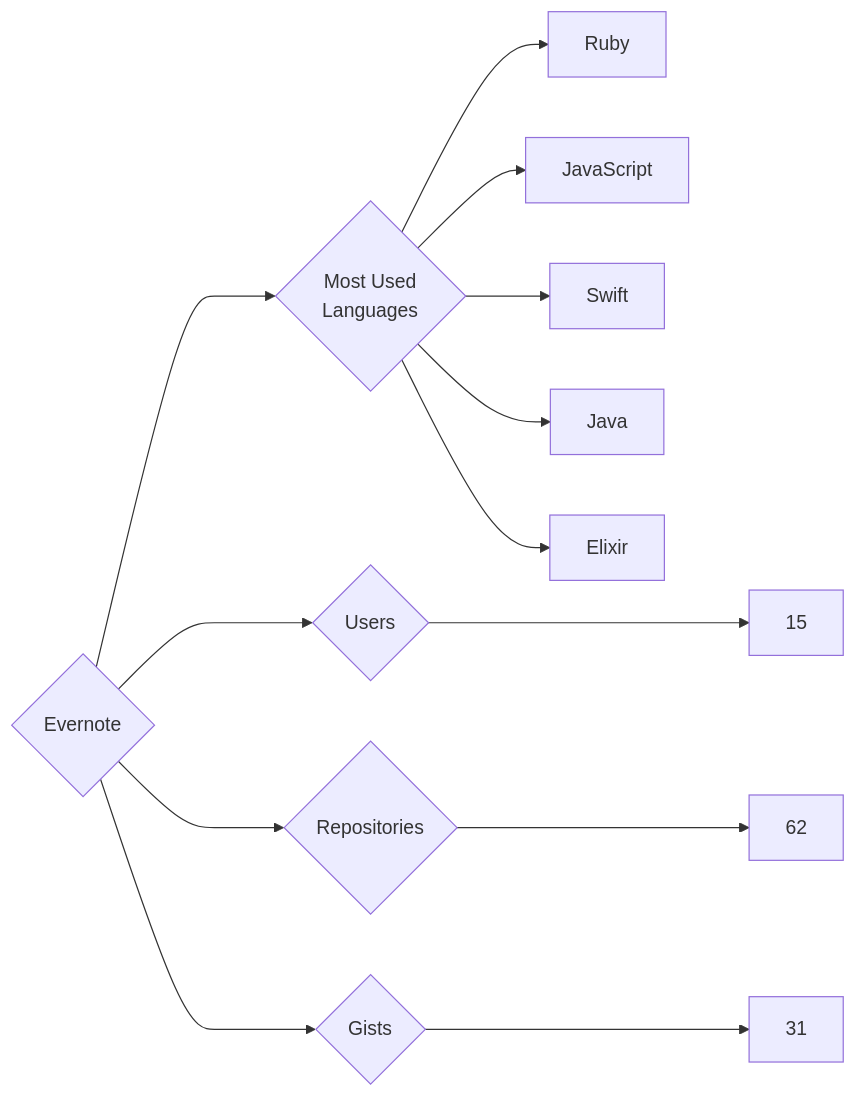
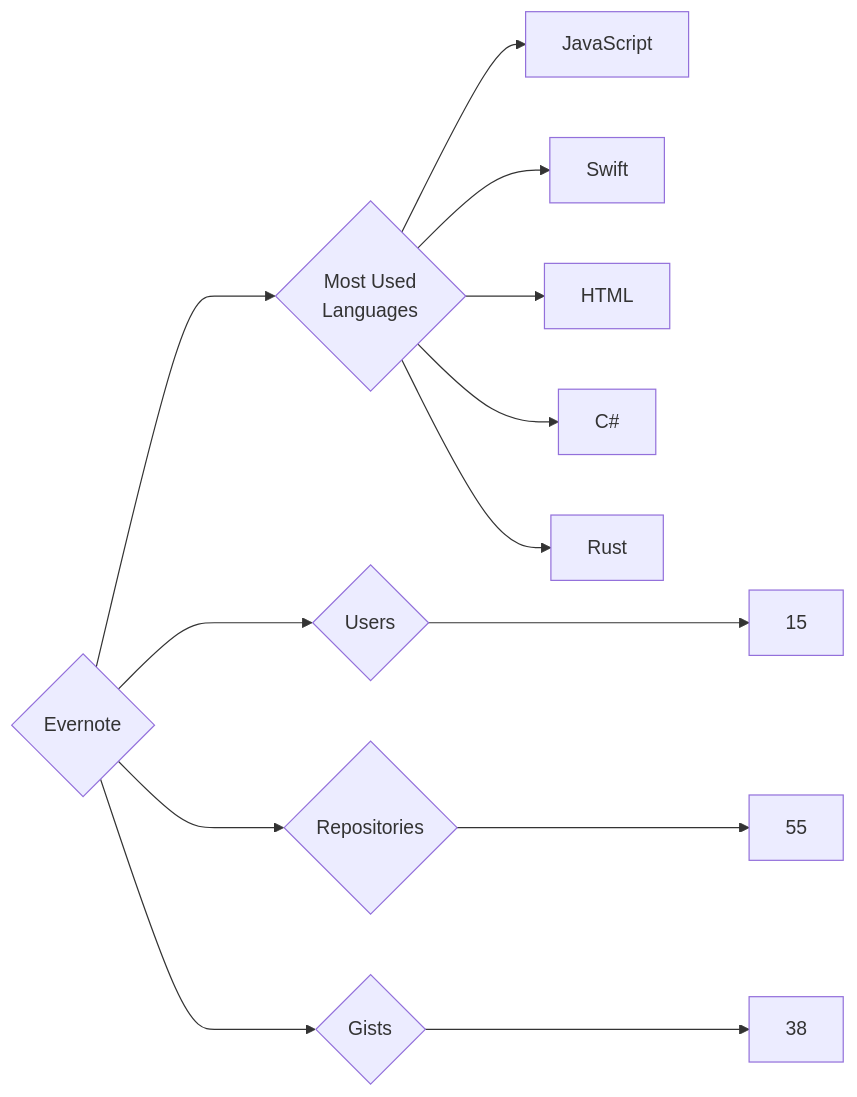
Before and after one commit to trickest/insiders: the diagram in targets/Evernote/README.md, drawn with Mermaid. The commit also changed 894 other files, not shown here.

````diff
--- a/targets/Evernote/README.md
+++ b/targets/Evernote/README.md
@@ -3,13 +3,13 @@
 ```mermaid
 graph LR
 COMPANY_NAME{Evernote}
 COMPANY_NAME ---> U{Users} ---> UN[15]
-COMPANY_NAME ---> R{Repositories} ---> RN[62]
-COMPANY_NAME ---> G{Gists} ---> GN[31]
+COMPANY_NAME ---> R{Repositories} ---> RN[55]
+COMPANY_NAME ---> G{Gists} ---> GN[38]
 COMPANY_NAME ---> ML{Most Used<br>Languages}
-ML --> Ruby[Ruby]
 ML --> JavaScript[JavaScript]
 ML --> Swift[Swift]
-ML --> Java[Java]
-ML --> Elixir[Elixir]
+ML --> HTML[HTML]
+ML --> C#[C#]
+ML --> Rust[Rust]
 ```
````
